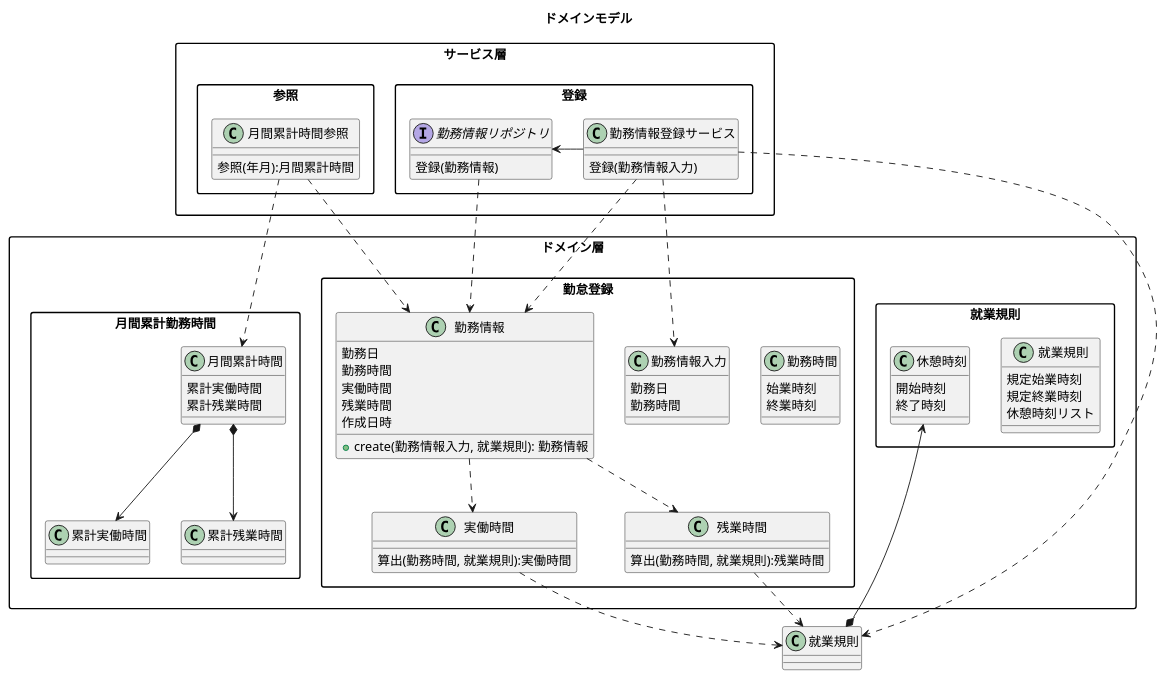
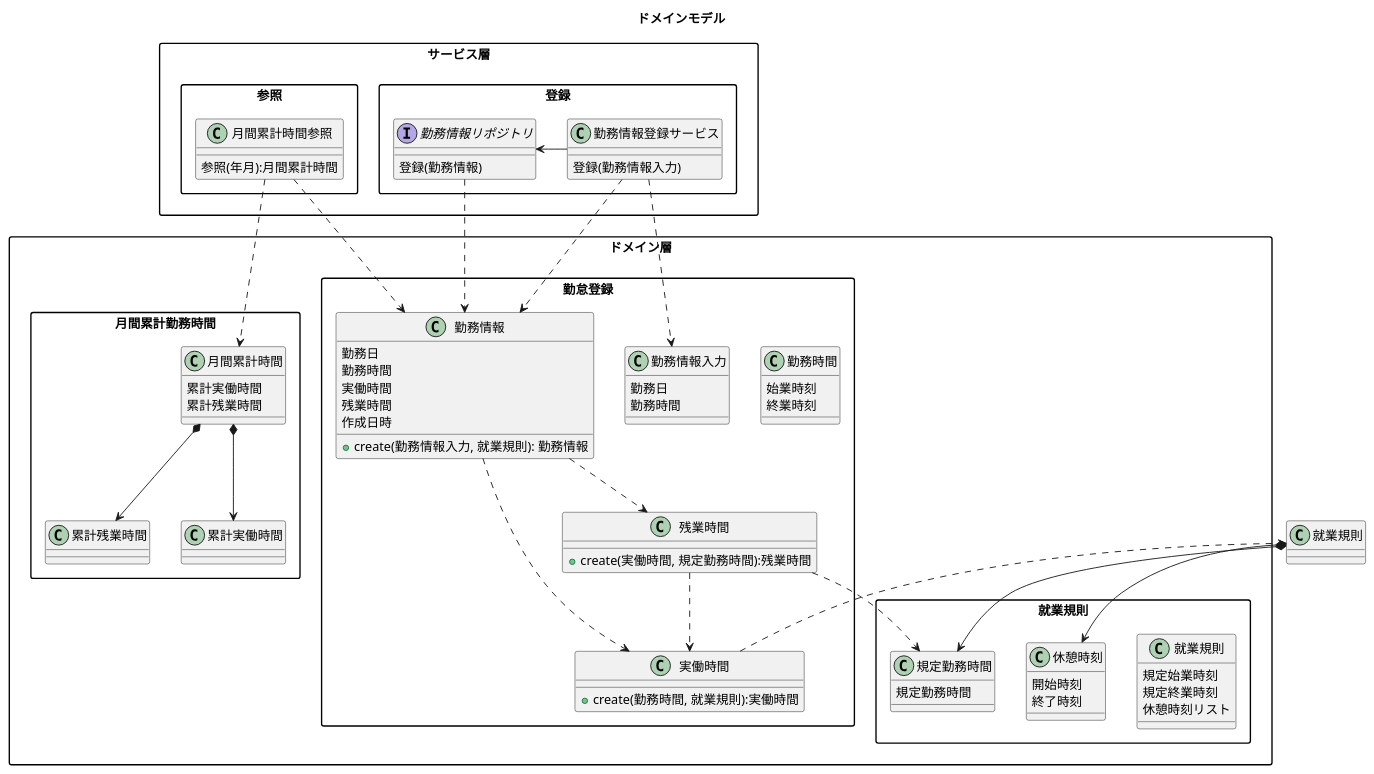
Before and after one commit to biglobe-isp/kintai: the diagram in etc/design/domainmodel.pu, drawn with PlantUML. The commit also changed 1 other file, not shown here.

```diff
--- a/etc/design/domainmodel.pu
+++ b/etc/design/domainmodel.pu
@@ -1,124 +1,132 @@
 @startuml kintai
 skinparam PackageStyle rectangle
 title ドメインモデル
 
 package サービス層 {
   package 登録 {
     class 勤務情報登録サービス {
       登録(勤務情報入力)
     }
 
 
     interface 勤務情報リポジトリ {
       登録(勤務情報)
     }
   }
 
   package 参照 {
     class 月間累計時間参照 {
       参照(年月):月間累計時間
     }
   }
 }
 
 package ドメイン層 {
   package 勤怠登録 {
 
     class 勤務時間 {
       始業時刻
       終業時刻
     }
 
     class 実働時間 {
-      算出(勤務時間, 就業規則):実働時間
+      + create(勤務時間, 就業規則):実働時間
     }
 
     class 残業時間 {
-      算出(勤務時間, 就業規則):残業時間
+      + create(実働時間, 規定勤務時間):残業時間
     }
 
     ' class 勤務情報 {
     '   日付
     '   実働時間
     '   残業時間
     ' }
     ' https://github.com/biglobe-isp/themis/issues/1#issuecomment-1439452223
 
     class 勤務情報 {
       勤務日
       勤務時間
       実働時間
       残業時間
       作成日時
     }
 
     class 勤務情報 {
       + create(勤務情報入力, 就業規則): 勤務情報
     }
 
     class 勤務情報入力 {
       勤務日
       勤務時間
     }
 
     ' class 勤務情報ファクトリー {
     '   + create(勤務日，始業時刻，終業時刻): 勤務情報
     ' }
     ' オブジェクト生成に、引数以外で必要な情報があるか？
     ' オブジェクトの生成は、引数だけで完結するか？
     '   外部由来の情報は変更可能性があるか？ 
 
 
     ' class 休憩時間 {
     '   算出(休憩時刻リスト):休憩時間
     ' }
 
   }
 
   package 就業規則 {
     class 就業規則 {
       規定始業時刻
       規定終業時刻
       休憩時刻リスト
     }
 
+    class 規定勤務時間 {
+      規定勤務時間
+    }
+
     class 休憩時刻 {
       開始時刻
       終了時刻
     }
   }
 
   package 月間累計勤務時間{
 
     class 月間累計時間 {
       累計実働時間
       累計残業時間
     }
 
     class 累計実働時間 {}
     class 累計残業時間 {}
   }
 }
 
 
 勤務情報登録サービス ..> 勤務情報
 勤務情報登録サービス ..> 勤務情報入力
 勤務情報登録サービス -> 勤務情報リポジトリ
-勤務情報登録サービス ..> 就業規則
+' 勤務情報登録サービス ..> 就業規則
 勤務情報リポジトリ ..> 勤務情報
 
 勤務情報 ..> 実働時間
 勤務情報 ..> 残業時間
+
 月間累計時間参照 ..> 月間累計時間
 月間累計時間参照 ..> 勤務情報 
-' 休憩時間 ..> 就業規則
-就業規則 *--> 休憩時刻
-実働時間 ..> 就業規則
-残業時間 ..> 就業規則 
 月間累計時間 *--> 累計実働時間
 月間累計時間 *--> 累計残業時間
+
+就業規則 *--> 休憩時刻
+就業規則 *--> 規定勤務時間
+実働時間 ..> 就業規則
+残業時間 ..> 実働時間 
+残業時間 ..> 規定勤務時間
+
 ' 勤務登録情報 <-- 月間累計時間  登録は勤務時間算出と残業時間
 ' 就業規則が必要  実働時間と残業時間を算出する
 ' サービス層もかく、参照と登録わける
 ' 何を永続化するか
 @enduml
```
